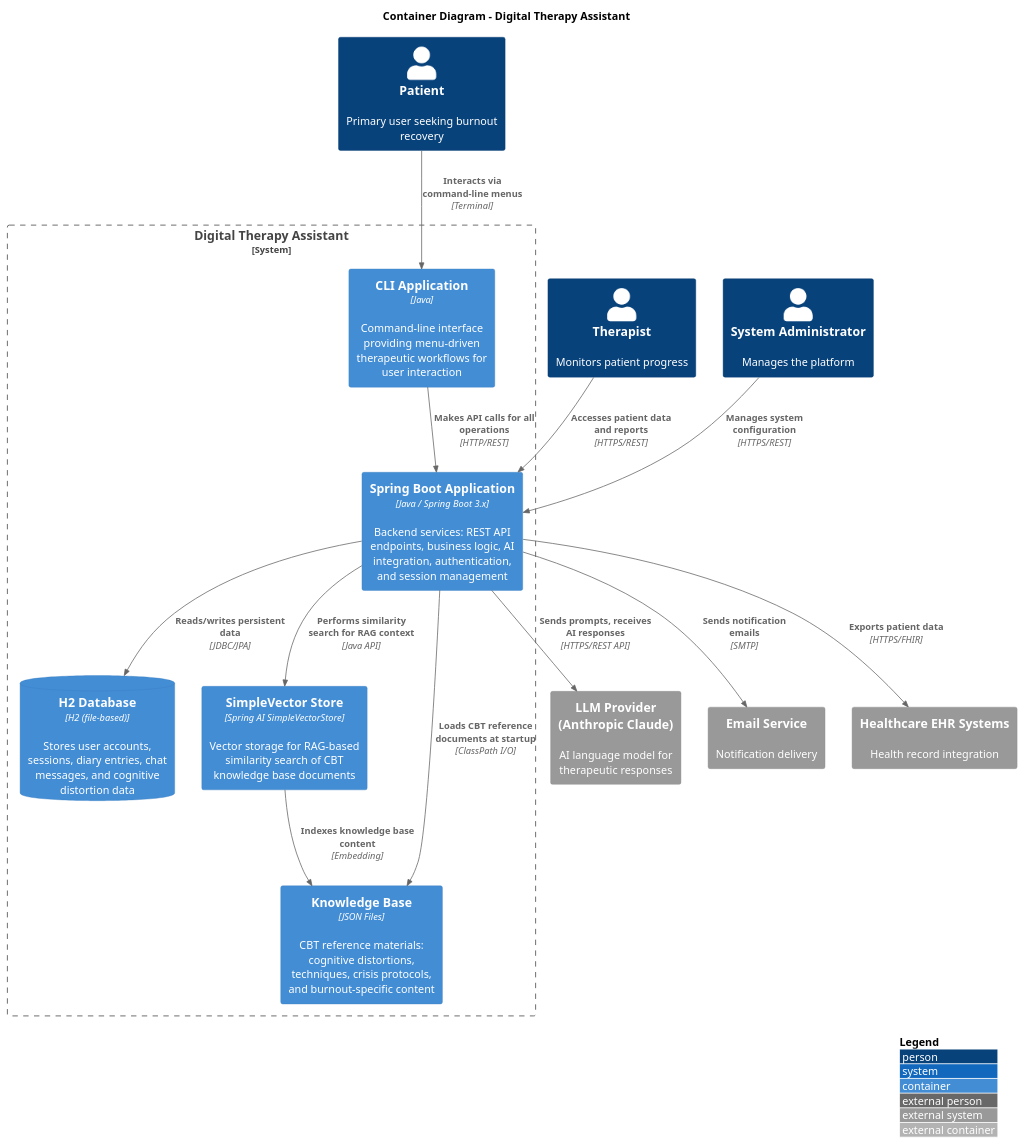
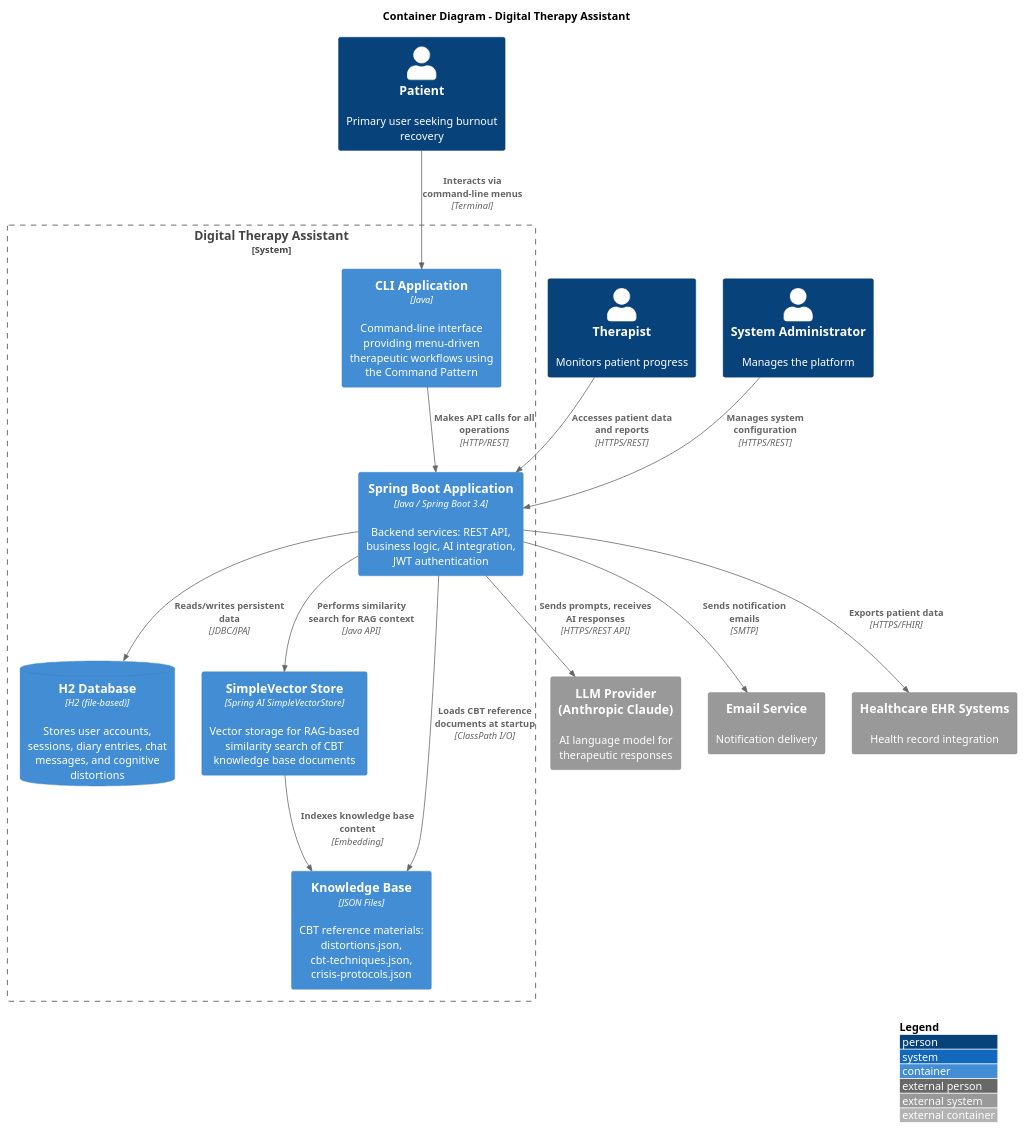
The diagram in docs/architecture/c4-container.puml (jf700/SE320_Project), drawn with PlantUML before and after one commit. The commit also changed 29 other files, not shown here.

```diff
--- a/docs/architecture/c4-container.puml
+++ b/docs/architecture/c4-container.puml
@@ -1,38 +1,38 @@
 @startuml c4-container
 !include https://raw.githubusercontent.com/plantuml-stdlib/C4-PlantUML/master/C4_Container.puml
 
 LAYOUT_WITH_LEGEND()
 
 title Container Diagram - Digital Therapy Assistant
 
 Person(patient, "Patient", "Primary user seeking burnout recovery")
 Person(therapist, "Therapist", "Monitors patient progress")
 Person(admin, "System Administrator", "Manages the platform")
 
 System_Boundary(dta, "Digital Therapy Assistant") {
-    Container(cli, "CLI Application", "Java", "Command-line interface providing menu-driven therapeutic workflows for user interaction")
-    Container(api, "Spring Boot Application", "Java / Spring Boot 3.x", "Backend services: REST API endpoints, business logic, AI integration, authentication, and session management")
-    ContainerDb(db, "H2 Database", "H2 (file-based)", "Stores user accounts, sessions, diary entries, chat messages, and cognitive distortion data")
+    Container(cli, "CLI Application", "Java", "Command-line interface providing menu-driven therapeutic workflows using the Command Pattern")
+    Container(api, "Spring Boot Application", "Java / Spring Boot 3.4", "Backend services: REST API, business logic, AI integration, JWT authentication")
+    ContainerDb(db, "H2 Database", "H2 (file-based)", "Stores user accounts, sessions, diary entries, chat messages, and cognitive distortions")
     Container(vectorstore, "SimpleVector Store", "Spring AI SimpleVectorStore", "Vector storage for RAG-based similarity search of CBT knowledge base documents")
-    Container(kb, "Knowledge Base", "JSON Files", "CBT reference materials: cognitive distortions, techniques, crisis protocols, and burnout-specific content")
+    Container(kb, "Knowledge Base", "JSON Files", "CBT reference materials: distortions.json, cbt-techniques.json, crisis-protocols.json")
 }
 
 System_Ext(llm, "LLM Provider\n(Anthropic Claude)", "AI language model for therapeutic responses")
 System_Ext(email, "Email Service", "Notification delivery")
 System_Ext(ehr, "Healthcare EHR Systems", "Health record integration")
 
 Rel(patient, cli, "Interacts via command-line menus", "Terminal")
 Rel(therapist, api, "Accesses patient data and reports", "HTTPS/REST")
 Rel(admin, api, "Manages system configuration", "HTTPS/REST")
 
 Rel(cli, api, "Makes API calls for all operations", "HTTP/REST")
 Rel(api, db, "Reads/writes persistent data", "JDBC/JPA")
 Rel(api, vectorstore, "Performs similarity search for RAG context", "Java API")
 Rel(api, kb, "Loads CBT reference documents at startup", "ClassPath I/O")
 Rel(vectorstore, kb, "Indexes knowledge base content", "Embedding")
 
 Rel(api, llm, "Sends prompts, receives AI responses", "HTTPS/REST API")
 Rel(api, email, "Sends notification emails", "SMTP")
 Rel(api, ehr, "Exports patient data", "HTTPS/FHIR")
 
 @enduml
```
